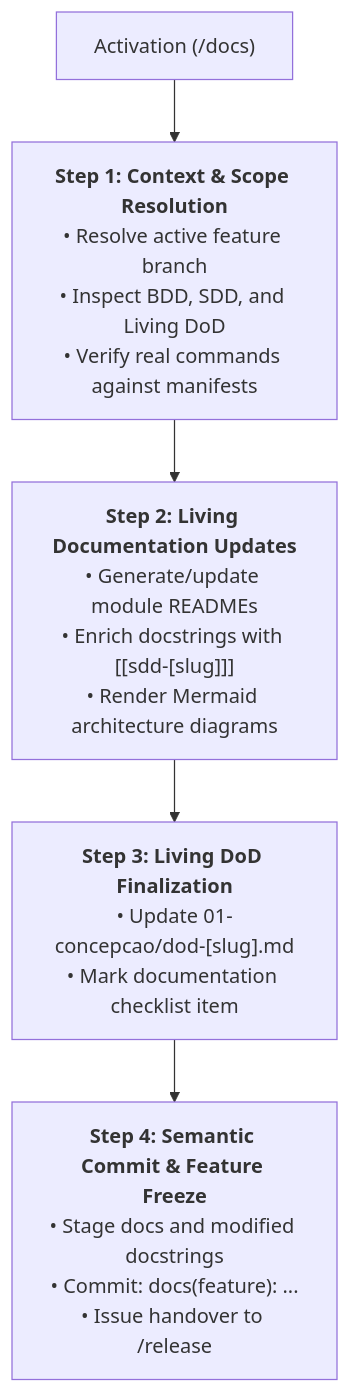
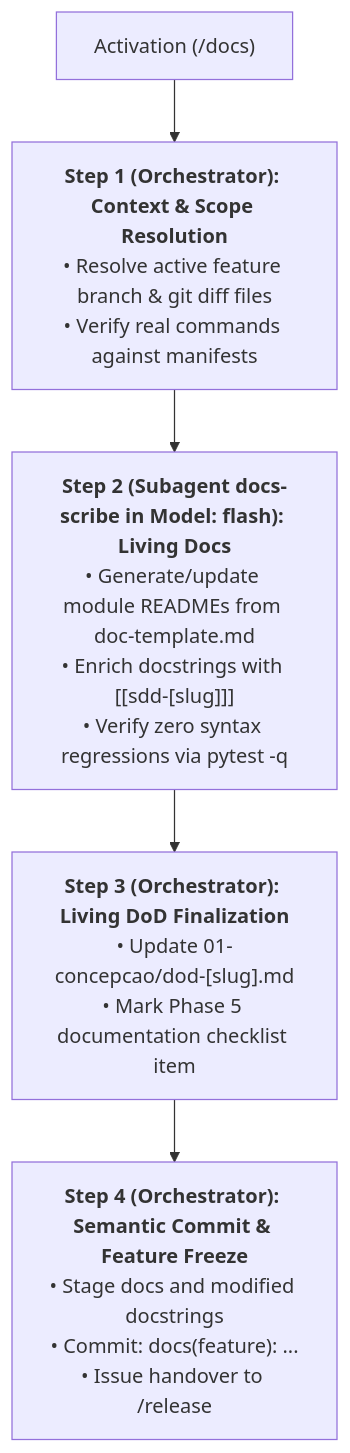
One commit to MarcosVeniciu/antigravity-agentic-skills changed the diagram in skills/docs/SKILL.md. Above: the diagram before and after it, drawn with Mermaid. The commit also changed other lines of this file and 23 other files, not shown here.

Commit message:
feat(skills): evolve Tier 1 and Tier 2 skills to SDD 2.0 subagent architecture and complete doc/ READMEs

````diff
--- a/skills/docs/SKILL.md
+++ b/skills/docs/SKILL.md
@@ -24,7 +25,7 @@
 ```mermaid
 flowchart TD
-    Init["Activation (/docs)"] --> S1["<b>Step 1: Context & Scope Resolution</b><br/>• Resolve active feature branch<br/>• Inspect BDD, SDD, and Living DoD<br/>• Verify real commands against manifests"]
-    S1 --> S2["<b>Step 2: Living Documentation Updates</b><br/>• Generate/update module READMEs<br/>• Enrich docstrings with [[sdd-[slug]]]<br/>• Render Mermaid architecture diagrams"]
-    S2 --> S3["<b>Step 3: Living DoD Finalization</b><br/>• Update 01-concepcao/dod-[slug].md<br/>• Mark documentation checklist item"]
-    S3 --> S4["<b>Step 4: Semantic Commit & Feature Freeze</b><br/>• Stage docs and modified docstrings<br/>• Commit: docs(feature): ...<br/>• Issue handover to /release"]
+    Init["Activation (/docs)"] --> S1["<b>Step 1 (Orchestrator): Context & Scope Resolution</b><br/>• Resolve active feature branch & git diff files<br/>• Verify real commands against manifests"]
+    S1 --> S2["<b>Step 2 (Subagent docs-scribe in Model: flash): Living Docs</b><br/>• Generate/update module READMEs from doc-template.md<br/>• Enrich docstrings with [[sdd-[slug]]]<br/>• Verify zero syntax regressions via pytest -q"]
+    S2 --> S3["<b>Step 3 (Orchestrator): Living DoD Finalization</b><br/>• Update 01-concepcao/dod-[slug].md<br/>• Mark Phase 5 documentation checklist item"]
+    S3 --> S4["<b>Step 4 (Orchestrator): Semantic Commit & Feature Freeze</b><br/>• Stage docs and modified docstrings<br/>• Commit: docs(feature): ...<br/>• Issue handover to /release"]
 ```
````
